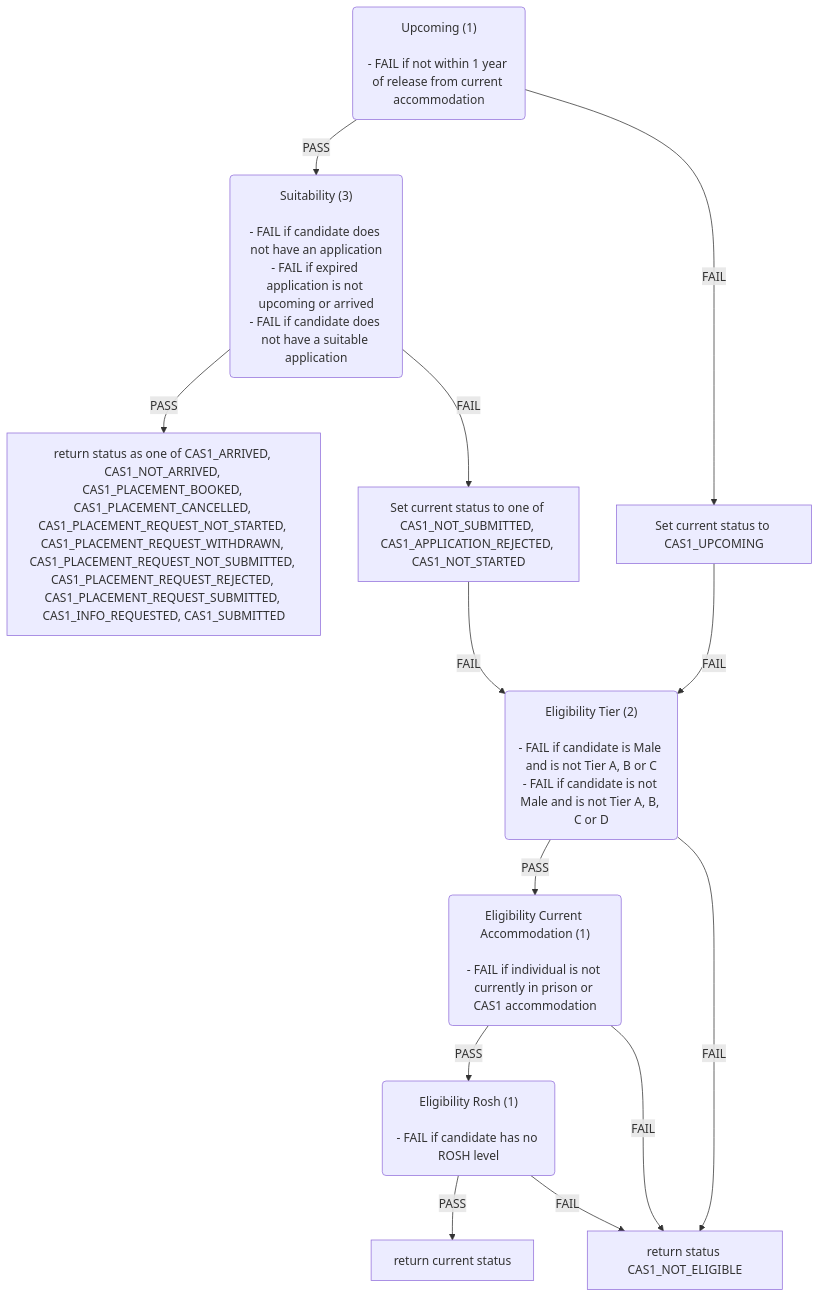
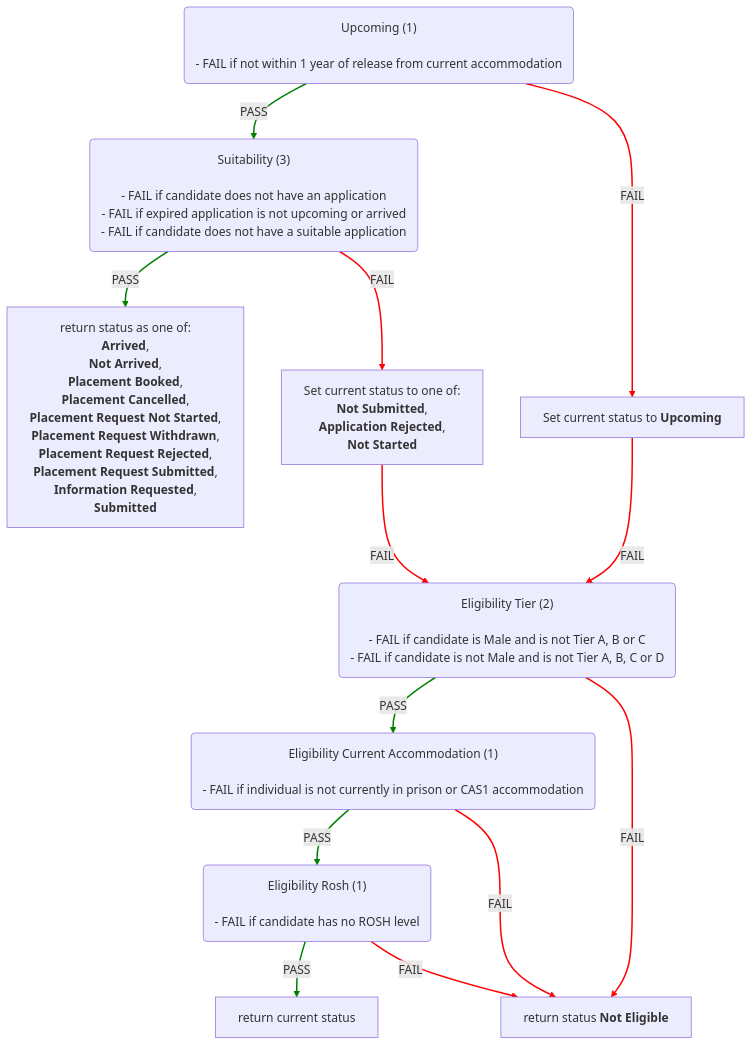
Before and after one commit to ministryofjustice/hmpps-single-accommodation-service-api: the first of 6 diagrams in docs/eligibility-rules-graph.md, drawn with Mermaid. The commit also changed other lines of this file and 8 other files, not shown here.

Commit message:
chore/SAS-1532-Use-UI-statuses-in-graph-instead-of-enums

````diff
--- a/docs/eligibility-rules-graph.md
+++ b/docs/eligibility-rules-graph.md
@@ -9,38 +9,54 @@
 ```mermaid
+%%{init: {"flowchart": {"wrappingWidth": 800}}}%%
 flowchart TD
   Upcoming("Upcoming (1)
 
 - FAIL if not within 1 year of release from current accommodation")
   Suitability("Suitability (3)
 
 - FAIL if candidate does not have an application
 - FAIL if expired application is not upcoming or arrived
 - FAIL if candidate does not have a suitable application")
-  return_status_as_one_of_CAS1_ARRIVED__CAS1_NOT_ARRIVED__CAS1_PLACEMENT_BOOKED__CAS1_PLACEMENT_CANCELLED__CAS1_PLACEMENT_REQUEST_NOT_STARTED__CAS1_PLACEMENT_REQUEST_WITHDRAWN__CAS1_PLACEMENT_REQUEST_NOT_SUBMITTED__CAS1_PLACEMENT_REQUEST_REJECTED__CAS1_PLACEMENT_REQUEST_SUBMITTED__CAS1_INFO_REQUESTED__CAS1_SUBMITTED["return status as one of CAS1_ARRIVED, CAS1_NOT_ARRIVED, CAS1_PLACEMENT_BOOKED, CAS1_PLACEMENT_CANCELLED, CAS1_PLACEMENT_REQUEST_NOT_STARTED, CAS1_PLACEMENT_REQUEST_WITHDRAWN, CAS1_PLACEMENT_REQUEST_NOT_SUBMITTED, CAS1_PLACEMENT_REQUEST_REJECTED, CAS1_PLACEMENT_REQUEST_SUBMITTED, CAS1_INFO_REQUESTED, CAS1_SUBMITTED"]
-  Set_current_status_to_one_of_CAS1_NOT_SUBMITTED__CAS1_APPLICATION_REJECTED__CAS1_NOT_STARTED["Set current status to one of CAS1_NOT_SUBMITTED, CAS1_APPLICATION_REJECTED, CAS1_NOT_STARTED"]
+  return_status_as_one_of__Arrived___Not_Arrived___Placement_Booked___Placement_Cancelled___Placement_Request_Not_Started___Placement_Request_Withdrawn___Placement_Request_Rejected___Placement_Request_Submitted___Information_Requested___Submitted["return status as one of:
+<b>Arrived</b>,
+ <b>Not Arrived</b>,
+ <b>Placement Booked</b>,
+ <b>Placement Cancelled</b>,
+ <b>Placement Request Not Started</b>,
+ <b>Placement Request Withdrawn</b>,
+ <b>Placement Request Rejected</b>,
+ <b>Placement Request Submitted</b>,
+ <b>Information Requested</b>,
+ <b>Submitted</b>"]
+  Set_current_status_to_one_of__Not_Submitted___Application_Rejected___Not_Started["Set current status to one of:
+<b>Not Submitted</b>,
+ <b>Application Rejected</b>,
+ <b>Not Started</b>"]
   Eligibility_Tier("Eligibility Tier (2)
 
 - FAIL if candidate is Male and is not Tier A, B or C
 - FAIL if candidate is not Male and is not Tier A, B, C or D")
   Eligibility_Current_Accommodation("Eligibility Current Accommodation (1)
 
 - FAIL if individual is not currently in prison or CAS1 accommodation")
   Eligibility_Rosh("Eligibility Rosh (1)
 
 - FAIL if candidate has no ROSH level")
   return_current_status["return current status"]
-  return_status_CAS1_NOT_ELIGIBLE["return status CAS1_NOT_ELIGIBLE"]
-  Set_current_status_to_CAS1_UPCOMING["Set current status to CAS1_UPCOMING"]
-  Suitability -->|PASS| return_status_as_one_of_CAS1_ARRIVED__CAS1_NOT_ARRIVED__CAS1_PLACEMENT_BOOKED__CAS1_PLACEMENT_CANCELLED__CAS1_PLACEMENT_REQUEST_NOT_STARTED__CAS1_PLACEMENT_REQUEST_WITHDRAWN__CAS1_PLACEMENT_REQUEST_NOT_SUBMITTED__CAS1_PLACEMENT_REQUEST_REJECTED__CAS1_PLACEMENT_REQUEST_SUBMITTED__CAS1_INFO_REQUESTED__CAS1_SUBMITTED
-  Suitability -->|FAIL| Set_current_status_to_one_of_CAS1_NOT_SUBMITTED__CAS1_APPLICATION_REJECTED__CAS1_NOT_STARTED
+  return_status_Not_Eligible["return status <b>Not Eligible</b>"]
+  Set_current_status_to_Upcoming["Set current status to <b>Upcoming</b>"]
+  Suitability -->|PASS| return_status_as_one_of__Arrived___Not_Arrived___Placement_Booked___Placement_Cancelled___Placement_Request_Not_Started___Placement_Request_Withdrawn___Placement_Request_Rejected___Placement_Request_Submitted___Information_Requested___Submitted
+  Suitability -->|FAIL| Set_current_status_to_one_of__Not_Submitted___Application_Rejected___Not_Started
   Eligibility_Rosh -->|PASS| return_current_status
-  Eligibility_Rosh -->|FAIL| return_status_CAS1_NOT_ELIGIBLE
+  Eligibility_Rosh -->|FAIL| return_status_Not_Eligible
   Eligibility_Current_Accommodation -->|PASS| Eligibility_Rosh
-  Eligibility_Current_Accommodation -->|FAIL| return_status_CAS1_NOT_ELIGIBLE
+  Eligibility_Current_Accommodation -->|FAIL| return_status_Not_Eligible
   Eligibility_Tier -->|PASS| Eligibility_Current_Accommodation
-  Eligibility_Tier -->|FAIL| return_status_CAS1_NOT_ELIGIBLE
-  Set_current_status_to_one_of_CAS1_NOT_SUBMITTED__CAS1_APPLICATION_REJECTED__CAS1_NOT_STARTED -->|FAIL| Eligibility_Tier
+  Eligibility_Tier -->|FAIL| return_status_Not_Eligible
+  Set_current_status_to_one_of__Not_Submitted___Application_Rejected___Not_Started -->|FAIL| Eligibility_Tier
   Upcoming -->|PASS| Suitability
-  Upcoming -->|FAIL| Set_current_status_to_CAS1_UPCOMING
-  Set_current_status_to_CAS1_UPCOMING -->|FAIL| Eligibility_Tier
+  Upcoming -->|FAIL| Set_current_status_to_Upcoming
+  Set_current_status_to_Upcoming -->|FAIL| Eligibility_Tier
+  linkStyle 0,2,4,6,9 stroke:green,stroke-width:2px
+  linkStyle 1,3,5,7,8,10,11 stroke:red,stroke-width:2px
 ```
````
